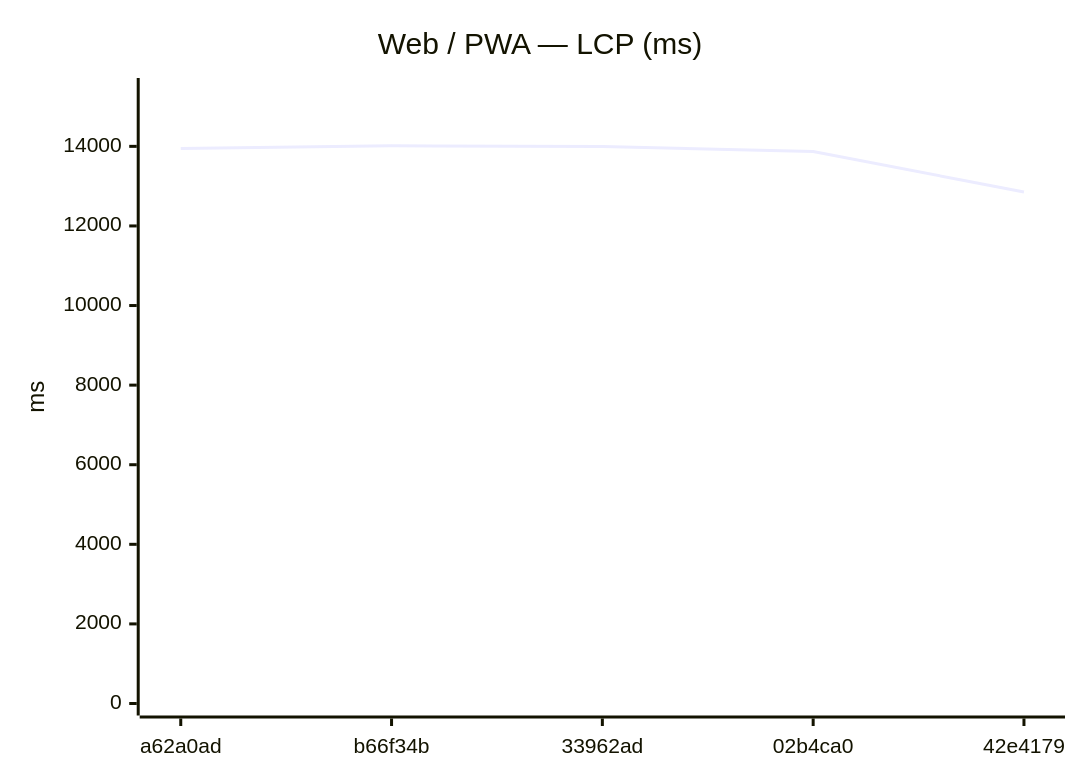
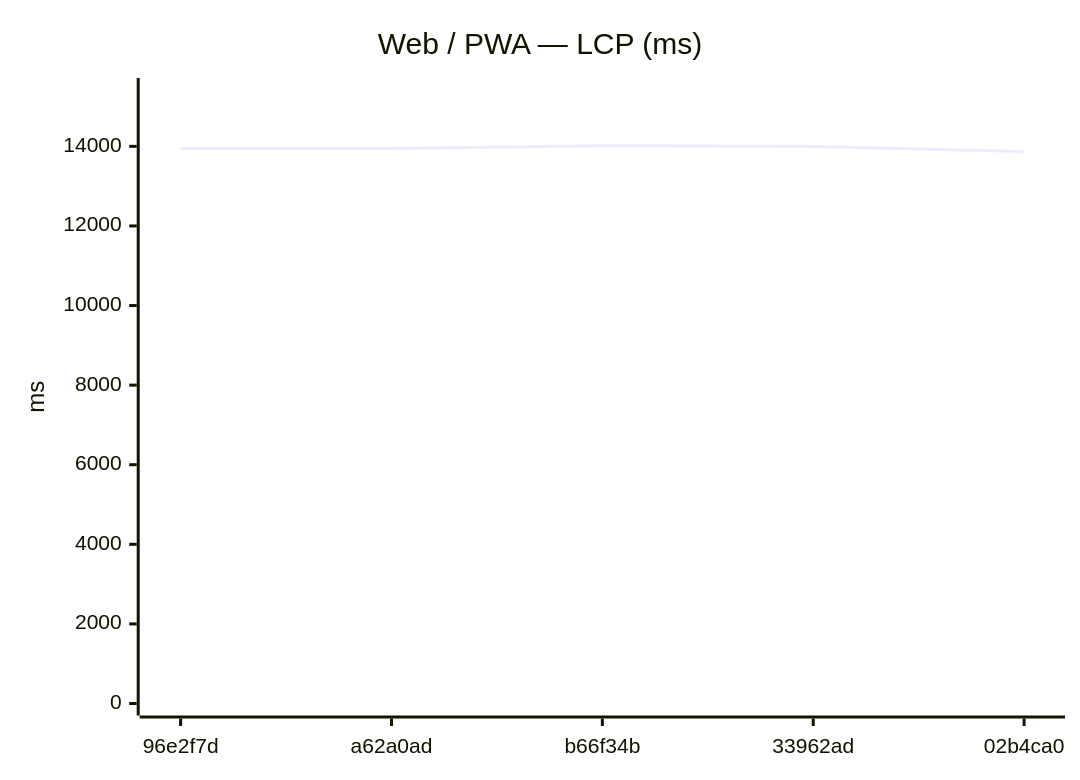
The seventh of 18 diagrams in benchmarks/compare.md (Metaheurist/Rianell), drawn with Mermaid before and after one commit. The commit also changed other lines of this file and 11 other files, not shown here.

````diff
--- a/benchmarks/compare.md
+++ b/benchmarks/compare.md
@@ -117,7 +117,7 @@
 ```mermaid
 xychart-beta
     title "Web / PWA — LCP (ms)"
-    x-axis ["a62a0ad", "b66f34b", "33962ad", "02b4ca0", "42e4179"]
+    x-axis ["96e2f7d", "a62a0ad", "b66f34b", "33962ad", "02b4ca0"]
     y-axis "ms" 0 --> 15416
-    line [13945, 14014, 13997, 13868, 12854]
+    line [13945, 13945, 14014, 13997, 13868]
 ```
````
